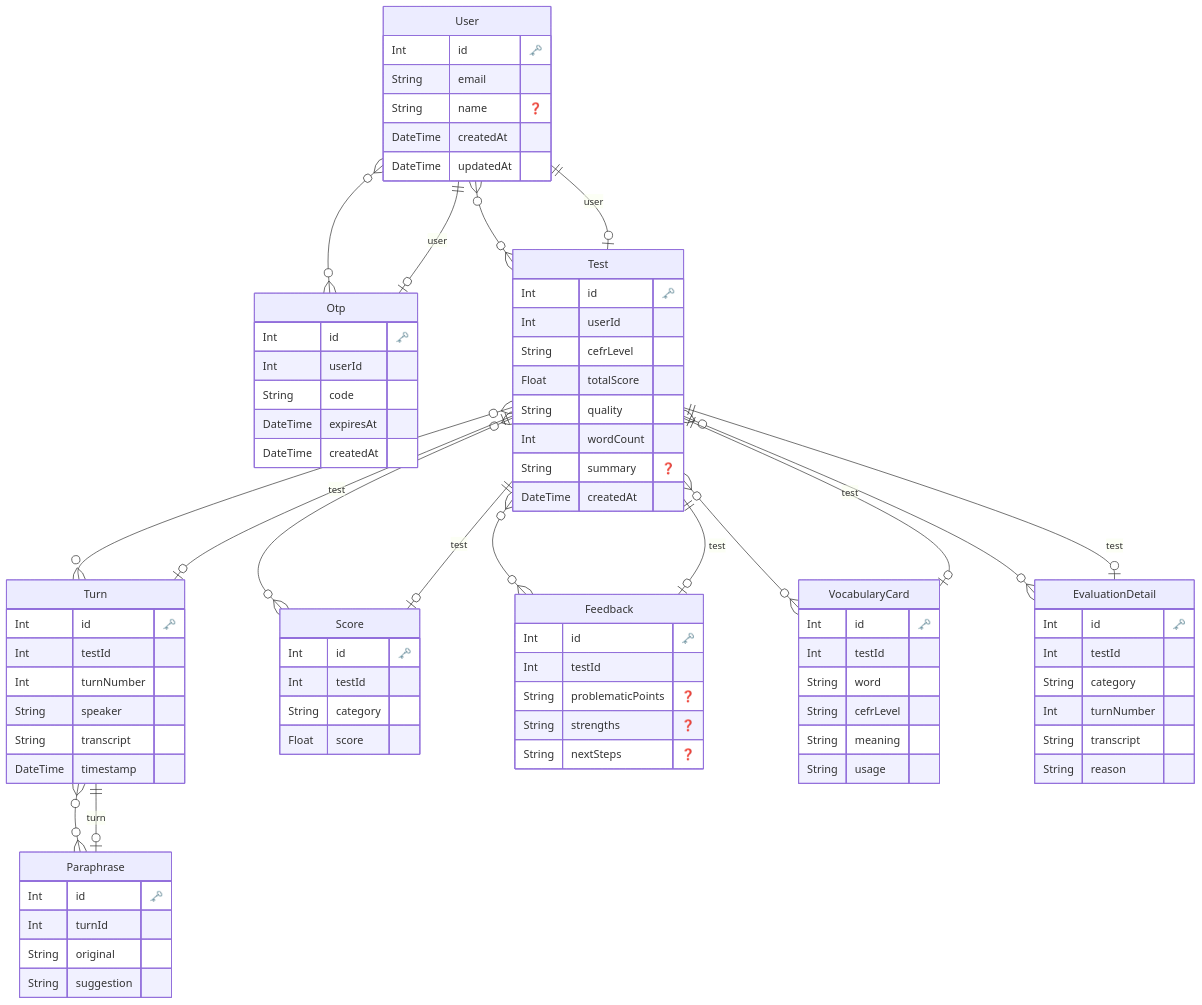
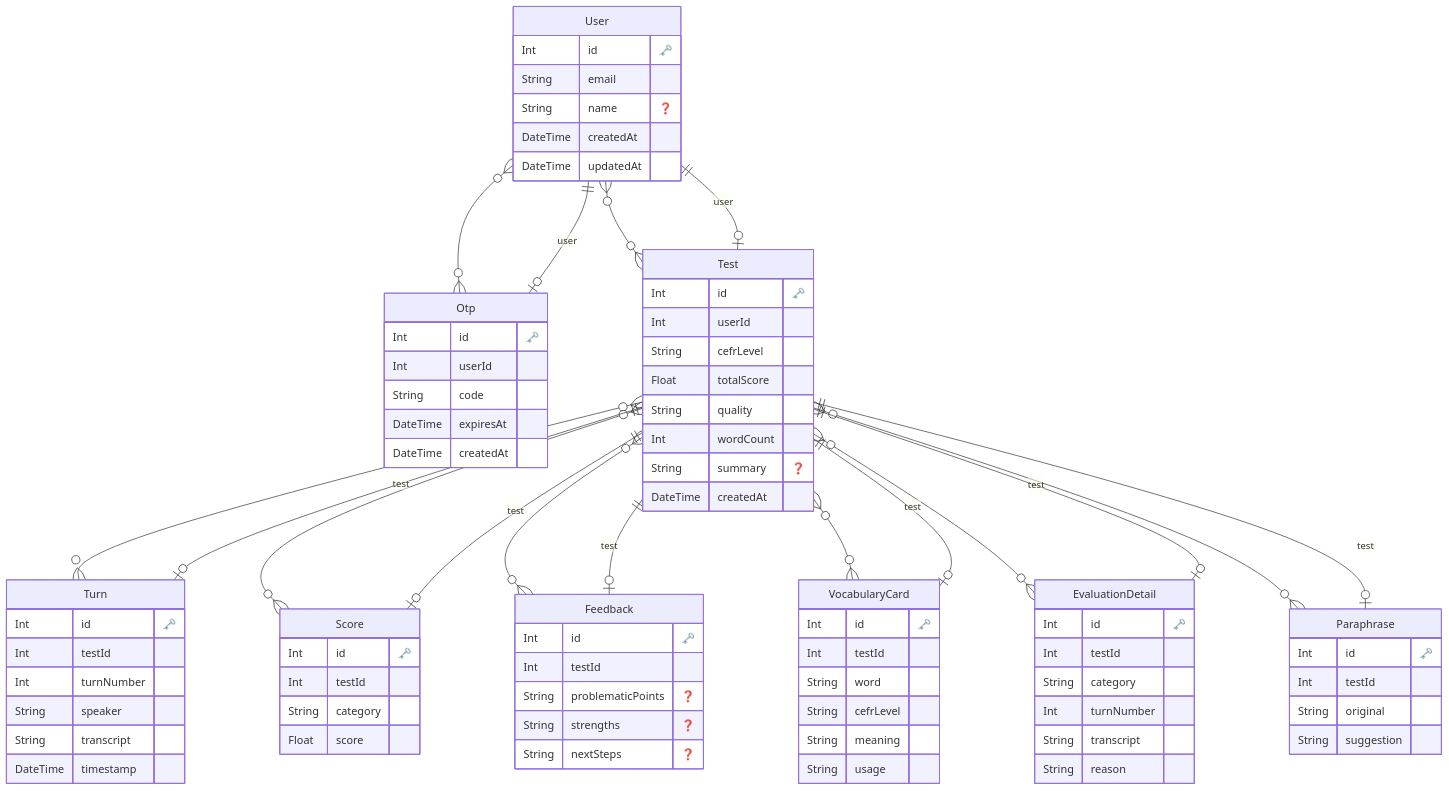
One commit to tea35/english-level-checker changed the diagram in english-level-checker/prisma/ERD.md. Above: the diagram before and after it, drawn with Mermaid. The commit also changed 34 other files, not shown here.

````diff
--- a/english-level-checker/prisma/ERD.md
+++ b/english-level-checker/prisma/ERD.md
@@ -70,7 +70,7 @@
 
   "Paraphrase" {
     Int id "🗝️"
-    Int turnId 
+    Int testId 
     String original 
     String suggestion 
     }
@@ -94,11 +94,11 @@
     "Test" o{--}o "Feedback" : ""
     "Test" o{--}o "VocabularyCard" : ""
     "Test" o{--}o "EvaluationDetail" : ""
+    "Test" o{--}o "Paraphrase" : ""
     "Turn" o|--|| "Test" : "test"
-    "Turn" o{--}o "Paraphrase" : ""
     "Score" o|--|| "Test" : "test"
     "Feedback" o|--|| "Test" : "test"
     "VocabularyCard" o|--|| "Test" : "test"
-    "Paraphrase" o|--|| "Turn" : "turn"
+    "Paraphrase" o|--|| "Test" : "test"
     "EvaluationDetail" o|--|| "Test" : "test"
 ```
````
